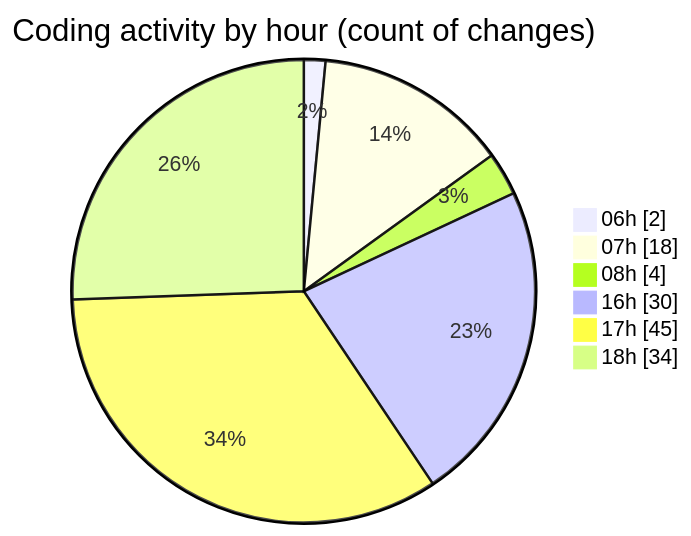
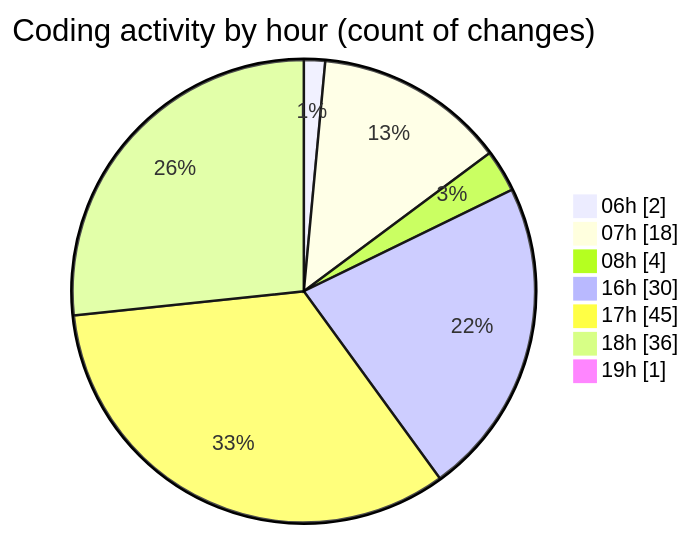
Before and after one commit to robertbonfada/code-tracking: the second of 2 diagrams in 2025-01-27/termonied-web/README.md, drawn with Mermaid. The commit also changed other lines of this file and 1 other file, not shown here.

````diff
--- a/2025-01-27/termonied-web/README.md
+++ b/2025-01-27/termonied-web/README.md
@@ -44,10 +44,11 @@
 ```mermaid
 pie showData
 title Coding activity by hour (count of changes)
 "06h" : 2
 "07h" : 18
 "08h" : 4
 "16h" : 30
 "17h" : 45
-"18h" : 34
+"18h" : 36
+"19h" : 1
 ```
````
